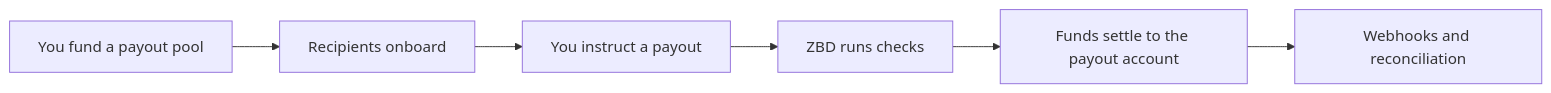
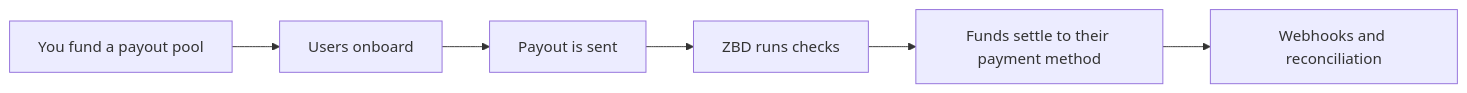
The diagram in embedded-payouts.mdx (zbdpay/zbd-docs), drawn with Mermaid before and after one commit. The commit also changed other lines of this file and 21 other files, not shown here.

````diff
--- a/embedded-payouts.mdx
+++ b/embedded-payouts.mdx
@@ -25,8 +26,8 @@
 ```mermaid
 flowchart LR
-  A[You fund a payout pool] --> B[Recipients onboard]
-  B --> C[You instruct a payout]
+  A[You fund a payout pool] --> B[Users onboard]
+  B --> C[Payout is sent]
   C --> D[ZBD runs checks]
-  D --> E[Funds settle to the payout account]
+  D --> E[Funds settle to their payment method]
   E --> F[Webhooks and reconciliation]
 ```
````
